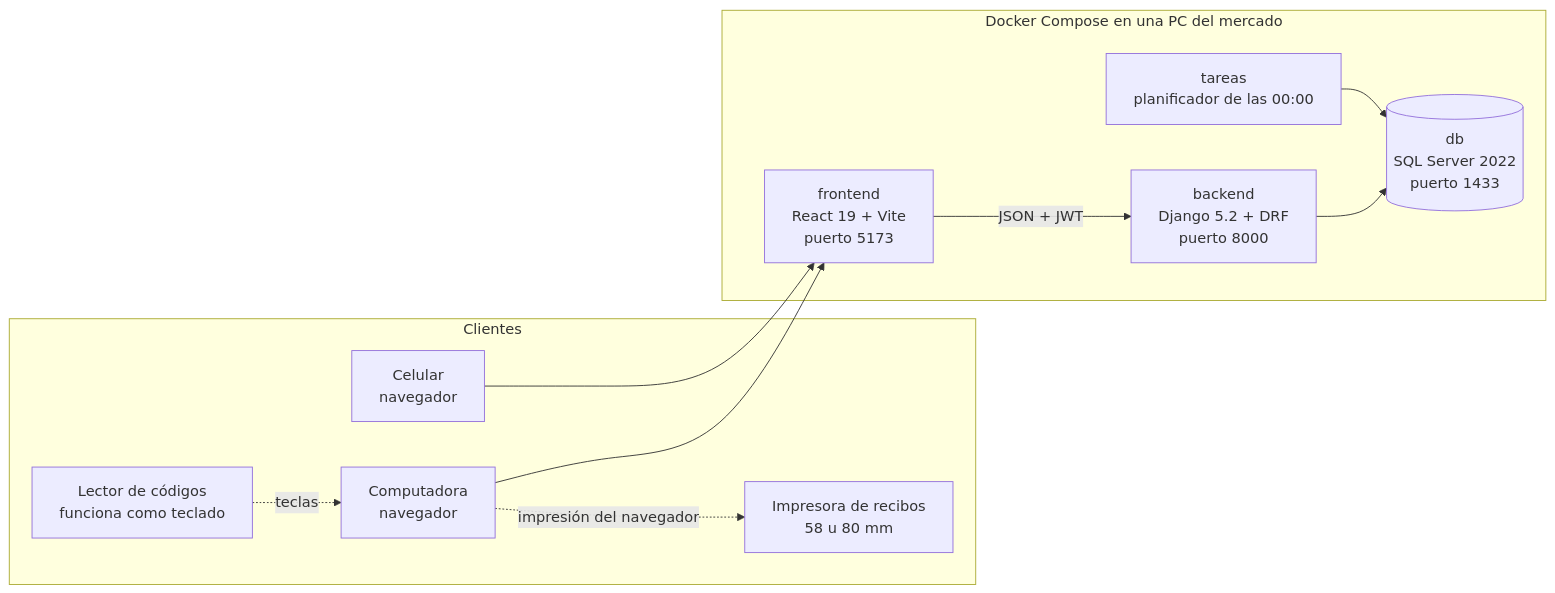
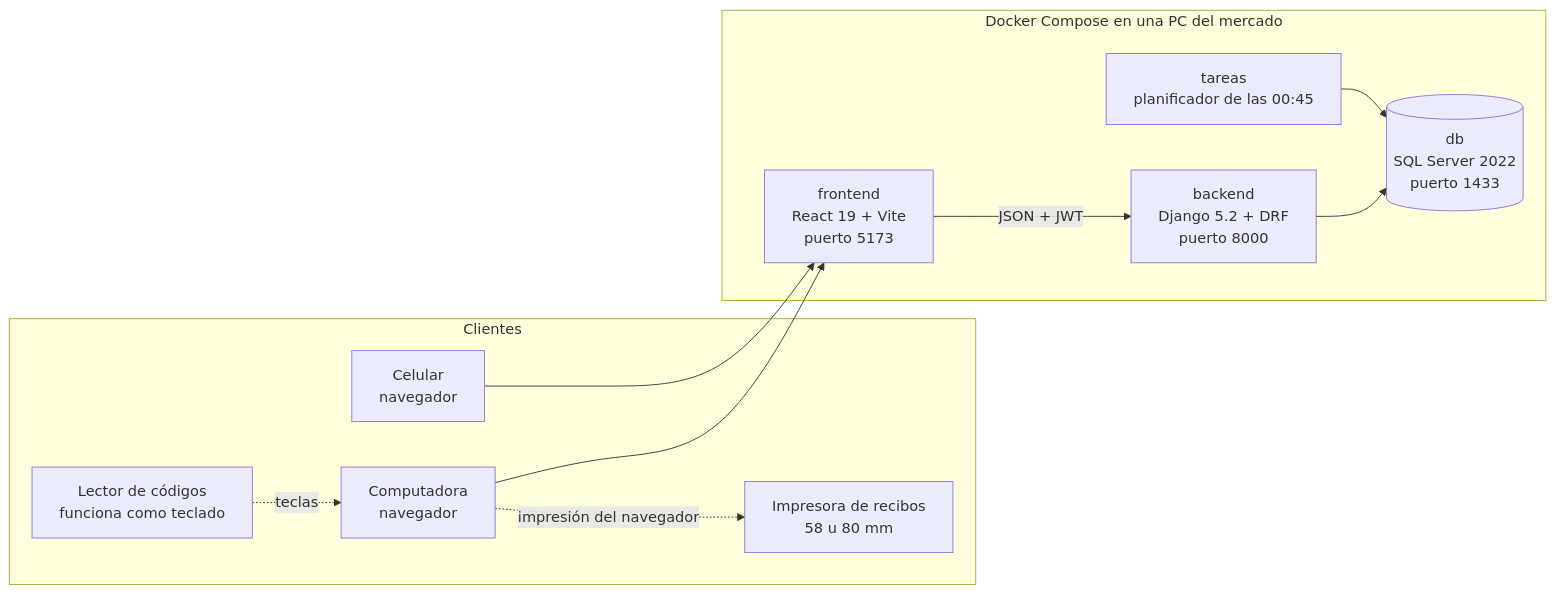
The first of 2 diagrams in docs/documentacion-tecnica.md (guadaluperren12345-art/sistema-de-mercado), drawn with Mermaid before and after one commit. The commit also changed other lines of this file and 50 other files, not shown here.

````diff
--- a/docs/documentacion-tecnica.md
+++ b/docs/documentacion-tecnica.md
@@ -48,24 +48,24 @@
 ```mermaid
 flowchart LR
     subgraph Clientes
         PC["Computadora<br/>navegador"]
         CEL["Celular<br/>navegador"]
         LEC["Lector de códigos<br/>funciona como teclado"]
         IMP["Impresora de recibos<br/>58 u 80 mm"]
     end
 
     subgraph Docker["Docker Compose en una PC del mercado"]
         FE["frontend<br/>React 19 + Vite<br/>puerto 5173"]
         BE["backend<br/>Django 5.2 + DRF<br/>puerto 8000"]
-        TA["tareas<br/>planificador de las 00:00"]
+        TA["tareas<br/>planificador de las 00:45"]
         DB[("db<br/>SQL Server 2022<br/>puerto 1433")]
     end
 
     PC --> FE
     CEL --> FE
     LEC -.->|"teclas"| PC
     PC -.->|"impresión del navegador"| IMP
     FE -->|"JSON + JWT"| BE
     BE --> DB
     TA --> DB
 ```
````
